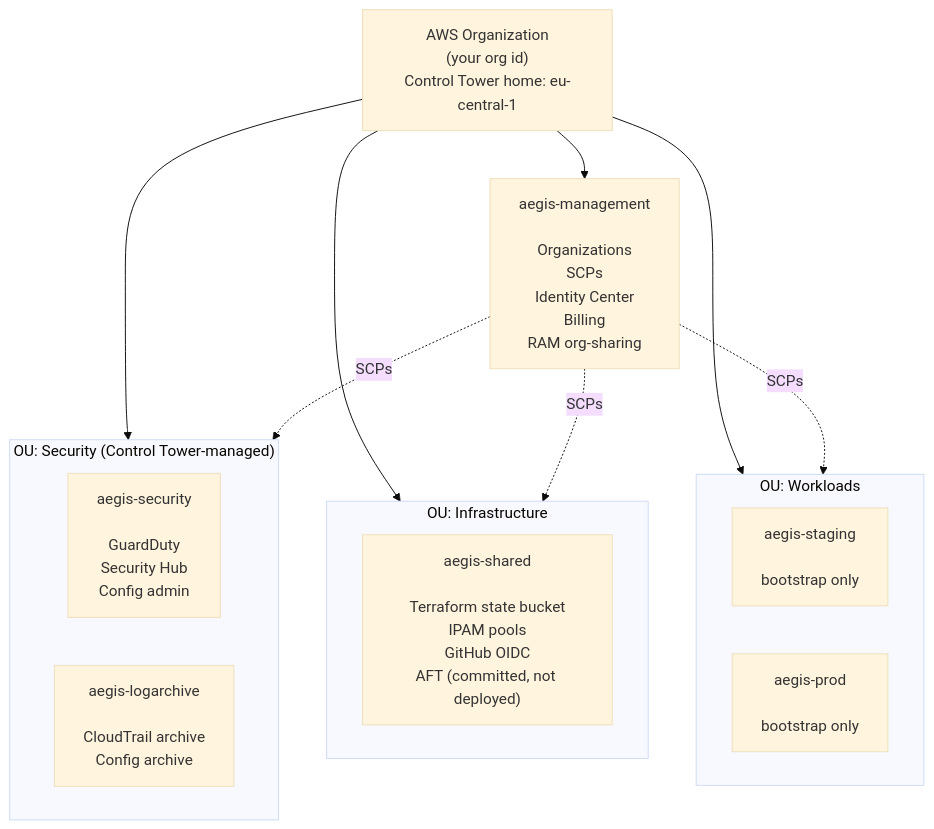
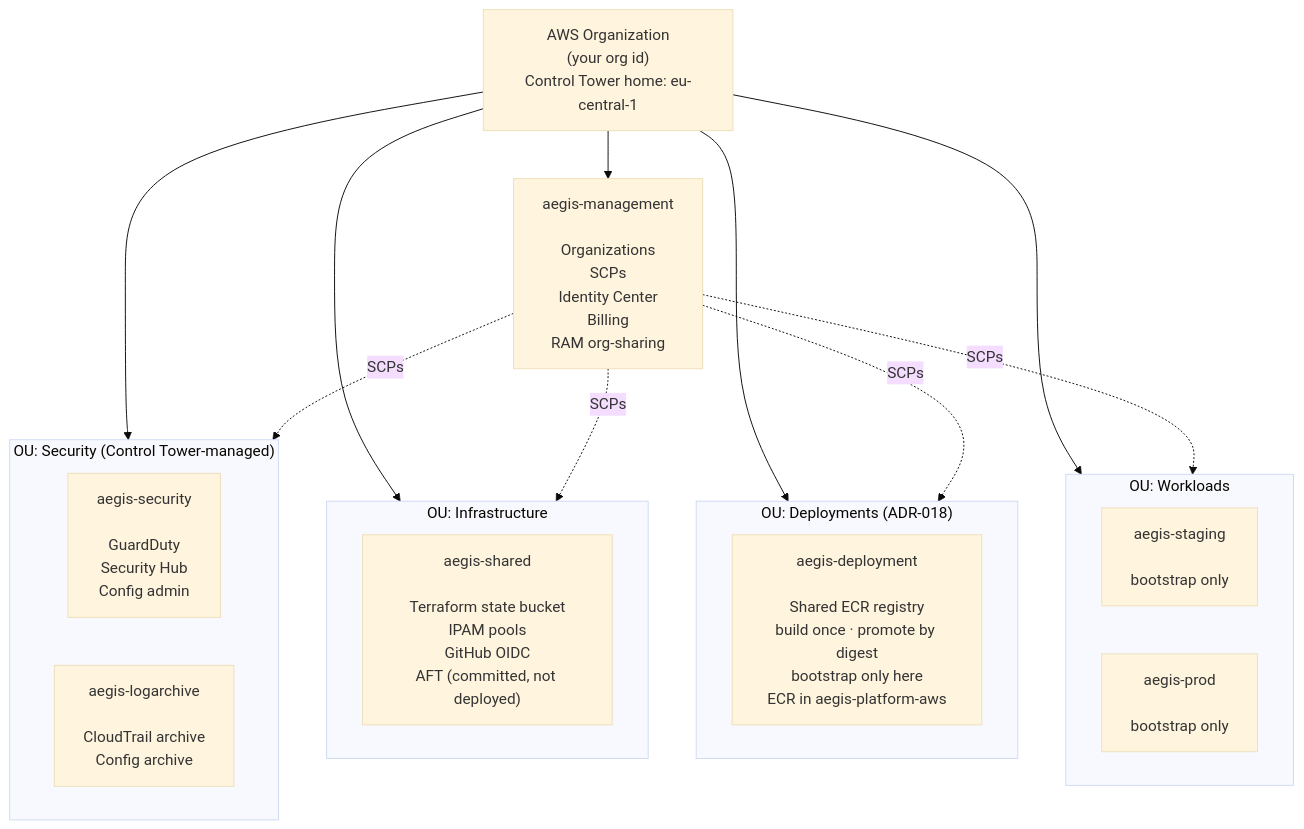
One commit to BinHsu/aegis-aws-landing-zone changed the first of 5 diagrams in docs/architecture.md. Above: the diagram before and after it, drawn with Mermaid (base theme). The commit also changed other lines of this file and 19 other files, not shown here.

First line of the commit message:
feat(fabric): Deployments OU + aegis-deployment account for the shared release registry (ADR-018, proposal) (#248)

````diff
--- a/docs/architecture.md
+++ b/docs/architecture.md
@@ -16,28 +16,34 @@
 ```mermaid
 flowchart TB
   Org["AWS Organization<br/>(your org id)<br/>Control Tower home: eu-central-1"]
 
   Mgmt["aegis-management<br/><br/>Organizations<br/>SCPs<br/>Identity Center<br/>Billing<br/>RAM org-sharing"]
 
   subgraph Security["OU: Security (Control Tower-managed)"]
     Sec["aegis-security<br/><br/>GuardDuty<br/>Security Hub<br/>Config admin"]
     Log["aegis-logarchive<br/><br/>CloudTrail archive<br/>Config archive"]
   end
 
   subgraph Infra["OU: Infrastructure"]
     Shared["aegis-shared<br/><br/>Terraform state bucket<br/>IPAM pools<br/>GitHub OIDC<br/>AFT (committed, not deployed)"]
   end
 
+  subgraph Deployments["OU: Deployments (ADR-018)"]
+    Deploy["aegis-deployment<br/><br/>Shared ECR registry<br/>build once · promote by digest<br/>bootstrap only here<br/>ECR in aegis-platform-aws"]
+  end
+
   subgraph Work["OU: Workloads"]
     Stg["aegis-staging<br/><br/>bootstrap only"]
     Prd["aegis-prod<br/><br/>bootstrap only"]
   end
 
   Org --> Mgmt
   Org --> Security
   Org --> Infra
+  Org --> Deployments
   Org --> Work
   Mgmt -. SCPs .-> Security
   Mgmt -. SCPs .-> Infra
+  Mgmt -. SCPs .-> Deployments
   Mgmt -. SCPs .-> Work
 ```
````
